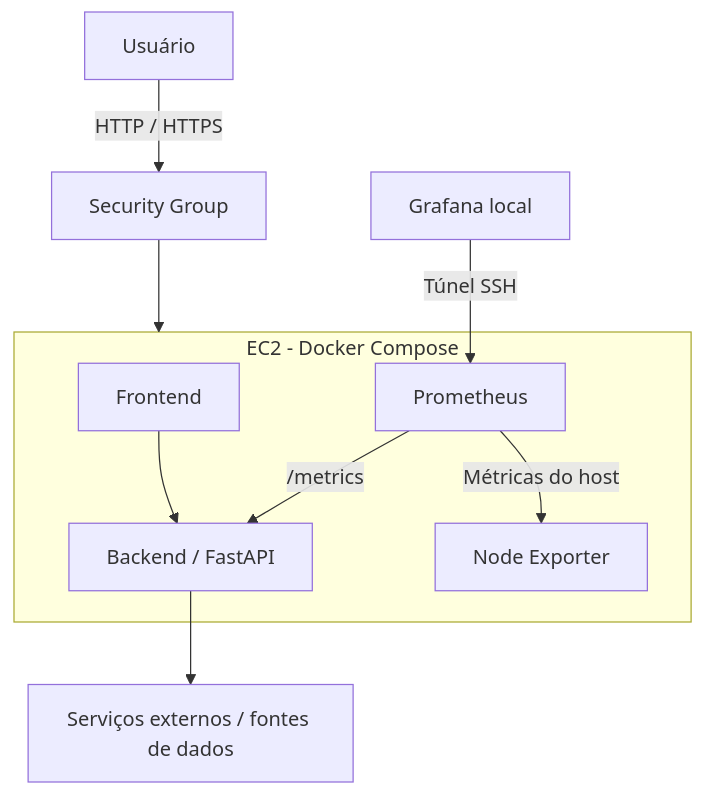
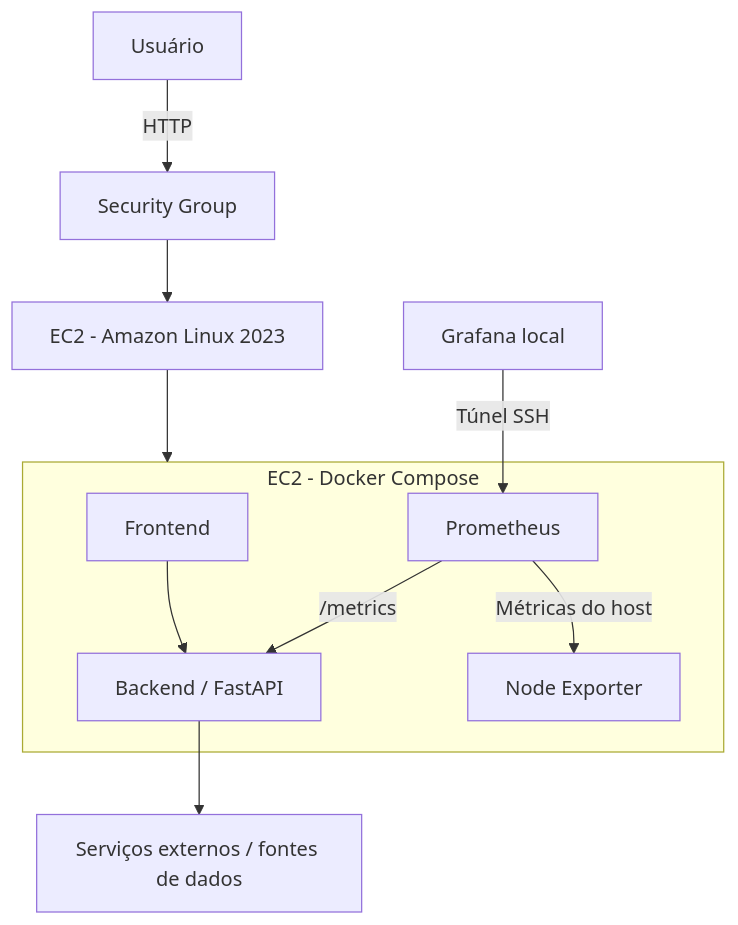
Before and after one commit to guidxs/AlertaVida: the diagram in ops/README.md, drawn with Mermaid. The commit also changed other lines of this file and 5 other files, not shown here.

````diff
--- a/ops/README.md
+++ b/ops/README.md
@@ -21,16 +40,19 @@
 ```mermaid
 flowchart TB
-    U[Usuário] -->|HTTP / HTTPS| SG[Security Group]
-    SG --> EC2[EC2 - Amazon Linux 2023]
-    subgraph EC2[EC2 - Docker Compose]
+    U[Usuário] -->|HTTP| SG[Security Group]
+    SG --> INSTANCE[EC2 - Amazon Linux 2023]
+
+    subgraph STACK[EC2 - Docker Compose]
         FE[Frontend]
         BE[Backend / FastAPI]
         PR[Prometheus]
         NE[Node Exporter]
         FE --> BE
         PR -->|/metrics| BE
         PR -->|Métricas do host| NE
     end
+
+    INSTANCE --> STACK
     G[Grafana local] -->|Túnel SSH| PR
     BE --> EXT[Serviços externos / fontes de dados]
 ```
````
